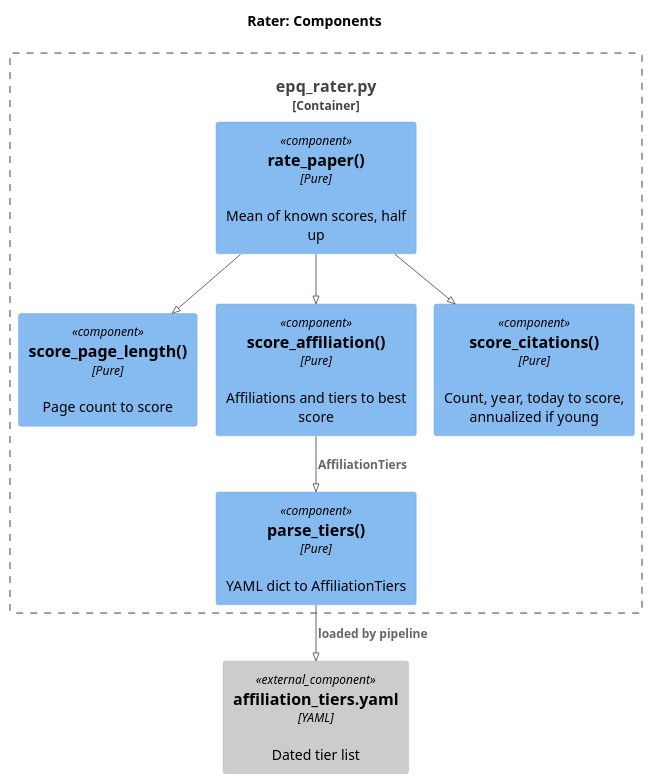
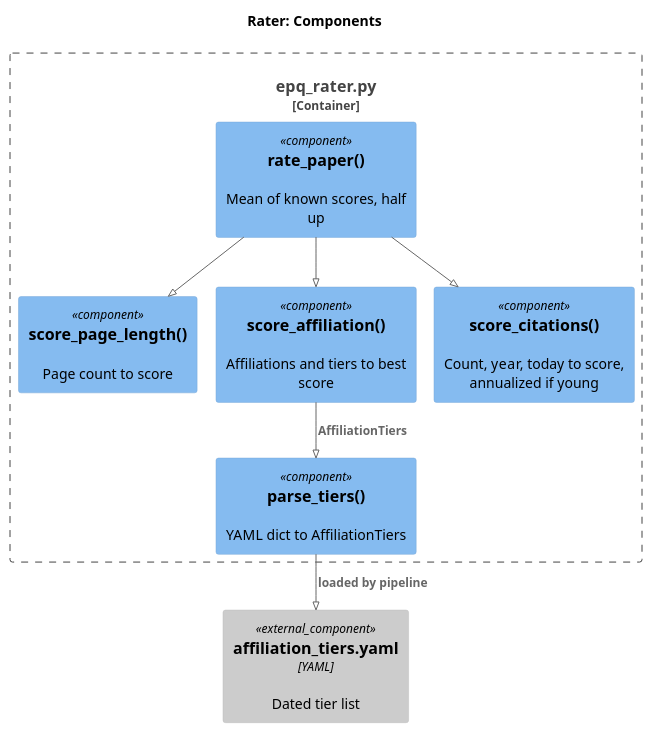
One commit to gpsaggese/gpsaggese.github.io changed the diagram in research/Estimate_academic_paper_quality/docs/02.6-design.rater.md. Above: the diagram before and after it, drawn with PlantUML. The commit also changed other lines of this file and 8 other files, not shown here.

````diff
--- a/research/Estimate_academic_paper_quality/docs/02.6-design.rater.md
+++ b/research/Estimate_academic_paper_quality/docs/02.6-design.rater.md
@@ -23,19 +29,19 @@
 ```plantuml
 !pragma layout smetana
 !include <C4/C4_Component>
 LAYOUT_TOP_DOWN()
 title Rater: Components
 Container_Boundary(r, "epq_rater.py") {
-  Component(pages, "score_page_length()", "Pure", "Page count to score")
-  Component(aff, "score_affiliation()", "Pure", "Affiliations and tiers to best score")
-  Component(cit, "score_citations()", "Pure", "Count, year, today to score, annualized if young")
-  Component(rate, "rate_paper()", "Pure", "Mean of known scores, half up")
-  Component(tiers, "parse_tiers()", "Pure", "YAML dict to AffiliationTiers")
+  Component(pages, "score_page_length()", "", "Page count to score")
+  Component(aff, "score_affiliation()", "", "Affiliations and tiers to best score")
+  Component(cit, "score_citations()", "", "Count, year, today to score, annualized if young")
+  Component(rate, "rate_paper()", "", "Mean of known scores, half up")
+  Component(tiers, "parse_tiers()", "", "YAML dict to AffiliationTiers")
 }
 Component_Ext(yaml, "affiliation_tiers.yaml", "YAML", "Dated tier list")
 Rel(rate, pages, "")
 Rel(rate, aff, "")
 Rel(rate, cit, "")
 Rel(aff, tiers, "AffiliationTiers")
 Rel(tiers, yaml, "loaded by pipeline")
 ```
````
